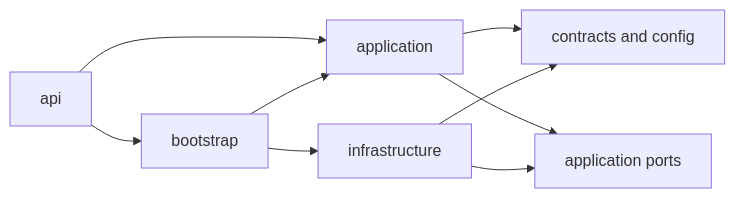
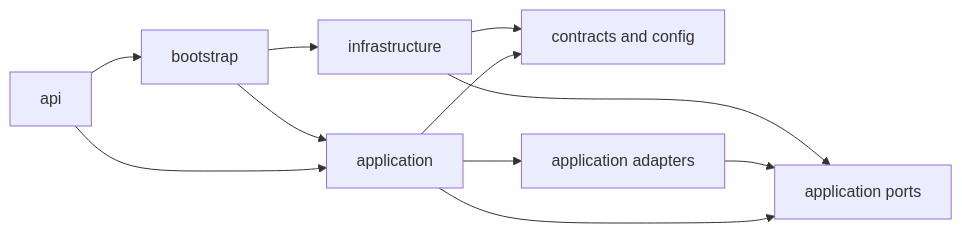
One commit to wchen-dea/Governed-Multi-Agent-Intelligence-on-Databricks changed the diagram in docs/architecture/layered-agentic-architecture.md. Above: the diagram before and after it, drawn with Mermaid. The commit also changed other lines of this file and 13 other files, not shown here.

````diff
--- a/docs/architecture/layered-agentic-architecture.md
+++ b/docs/architecture/layered-agentic-architecture.md
@@ -33,11 +34,13 @@
 ```mermaid
 flowchart LR
     API[api] --> APP[application]
     API --> BOOT[bootstrap]
     APP --> DOMAIN[contracts and config]
     APP --> PORTS[application ports]
+    ADAPTERS[application adapters] --> PORTS
+    APP --> ADAPTERS
     INFRA[infrastructure] --> PORTS
     INFRA --> DOMAIN
     BOOT --> APP
     BOOT --> INFRA
 ```
````
